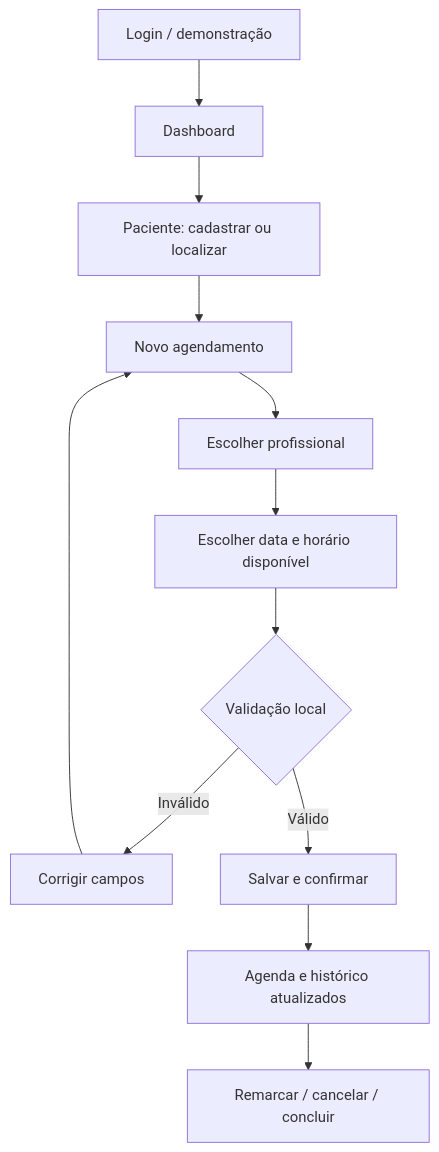
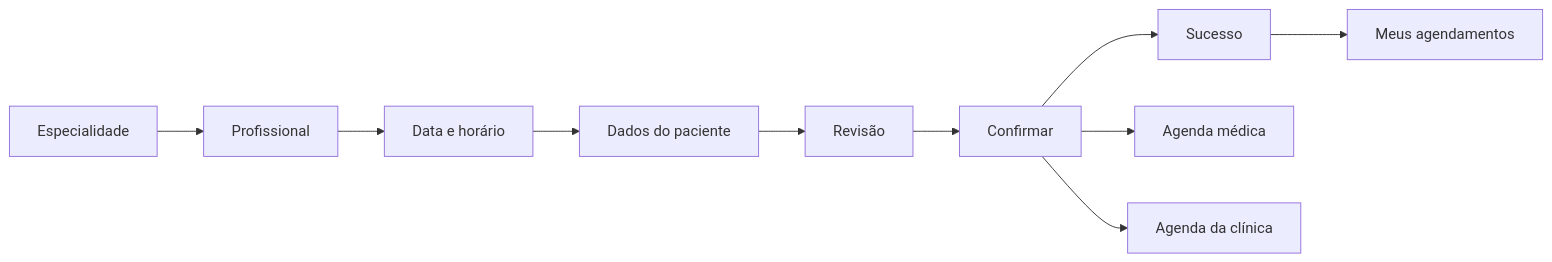
Before and after one commit to SauloOliveira358/MedFlow: the diagram in docs/front/UX_UI.md, drawn with Mermaid. The commit also changed other lines of this file and 91 other files, not shown here.

````diff
--- a/docs/front/UX_UI.md
+++ b/docs/front/UX_UI.md
@@ -24,14 +23,12 @@
 ```mermaid
-flowchart TD
- L[Login / demonstração] --> D[Dashboard]
- D --> P[Paciente: cadastrar ou localizar]
- P --> A[Novo agendamento]
- A --> R[Escolher profissional]
- R --> H[Escolher data e horário disponível]
- H --> V{Validação local}
- V -->|Inválido| E[Corrigir campos]
- E --> A
- V -->|Válido| S[Salvar e confirmar]
- S --> G[Agenda e histórico atualizados]
- G --> M[Remarcar / cancelar / concluir]
+flowchart LR
+ E[Especialidade] --> P[Profissional]
+ P --> H[Data e horário]
+ H --> D[Dados do paciente]
+ D --> R[Revisão]
+ R --> C[Confirmar]
+ C --> S[Sucesso]
+ S --> A[Meus agendamentos]
+ C --> M[Agenda médica]
+ C --> K[Agenda da clínica]
 ```
````
